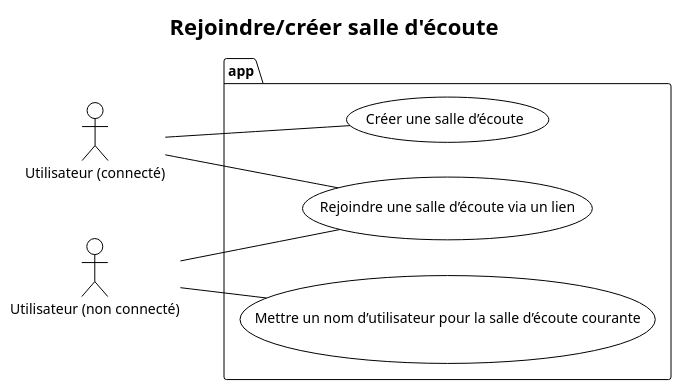
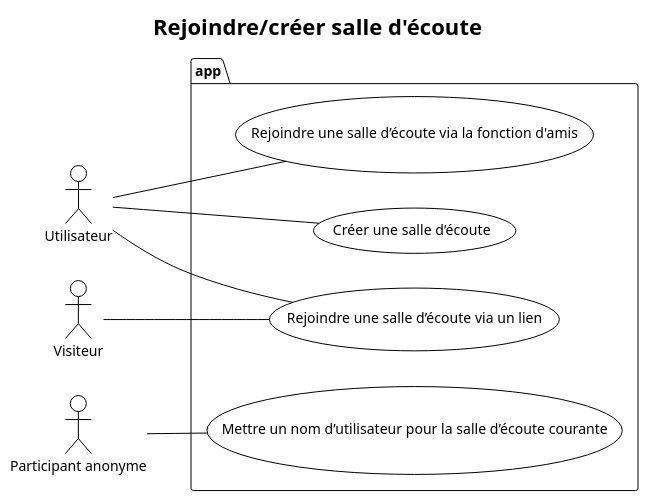
Before and after one commit to datsmysong/app: the diagram in Document du projet/Etude préalable/Diagrammes/Diagrammes de cas d'utilisation/DiagCUJoinSalle.puml, drawn with PlantUML. The commit also changed 3 other files, not shown here.

Commit message:
feat: enhanced use case diagrams by fixing some issues and making use cases clearer

```diff
--- a/Document du projet/Etude préalable/Diagrammes/Diagrammes de cas d'utilisation/DiagCUJoinSalle.puml
+++ b/Document du projet/Etude préalable/Diagrammes/Diagrammes de cas d'utilisation/DiagCUJoinSalle.puml
@@ -1,22 +1,25 @@
 @startuml
 !theme plain
 left to right direction
 
 title Rejoindre/créer salle d'écoute
 
-:Utilisateur (connecté): as UC
-:Utilisateur (non connecté): as UNC
+:Utilisateur: as UC
+:Visiteur: as V
+:Participant anonyme: as PA
 
 package app{
 
   usecase (Rejoindre une salle d’écoute via un lien) as JOIN
+  usecase (Rejoindre une salle d’écoute via la fonction d'amis) as JOIN_FRIENDS
   usecase (Créer une salle d’écoute) as CREATE
   usecase (Mettre un nom d’utilisateur pour la salle d’écoute courante) as USERNAME
 }
 
 UC -- JOIN
+UC -- JOIN_FRIENDS
 UC -- CREATE
 
-UNC -- JOIN
-UNC -- USERNAME
+V -- JOIN
+PA -- USERNAME
 @enduml
```
